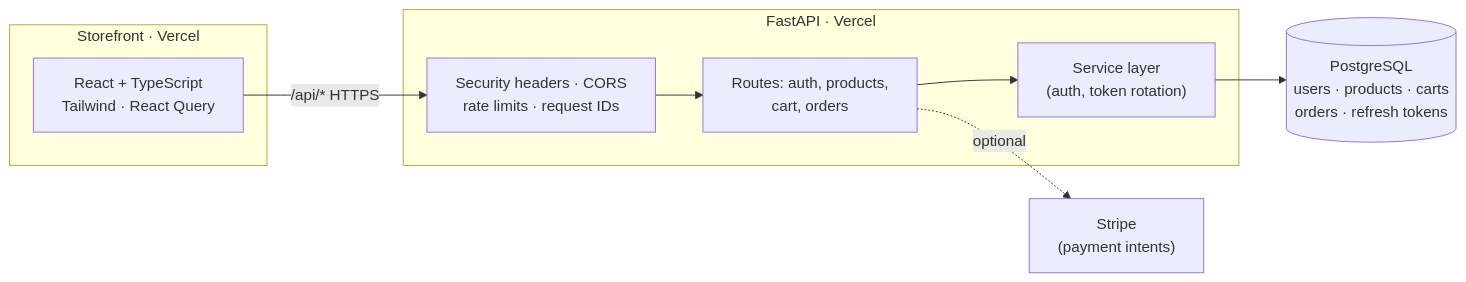
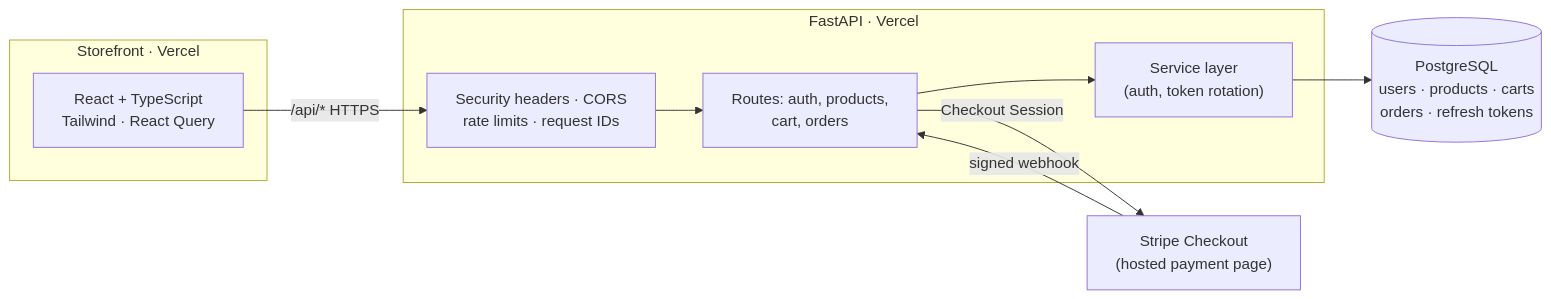
The diagram in README.md (FarnazNK/secureshop-ecommerce), drawn with Mermaid before and after one commit. The commit also changed other lines of this file and 53 other files, not shown here.

First line of the commit message:
Stripe Checkout with a signed webhook, plus production hardening (#38, #39)

````diff
--- a/README.md
+++ b/README.md
@@ -53,18 +63,19 @@
 ```mermaid
 flowchart LR
     subgraph FE["Storefront · Vercel"]
         UI["React + TypeScript<br/>Tailwind · React Query"]
     end
 
     subgraph BE["FastAPI · Vercel"]
         MW["Security headers · CORS<br/>rate limits · request IDs"]
         Routes["Routes: auth, products,<br/>cart, orders"]
         Services["Service layer<br/>(auth, token rotation)"]
     end
 
     DB[("PostgreSQL<br/>users · products · carts<br/>orders · refresh tokens")]
-    Stripe["Stripe<br/>(payment intents)"]
+    Stripe["Stripe Checkout<br/>(hosted payment page)"]
 
     UI -->|"/api/* HTTPS"| MW --> Routes --> Services --> DB
-    Routes -.->|optional| Stripe
+    Routes -->|"Checkout Session"| Stripe
+    Stripe -->|"signed webhook"| Routes
 ```
````
